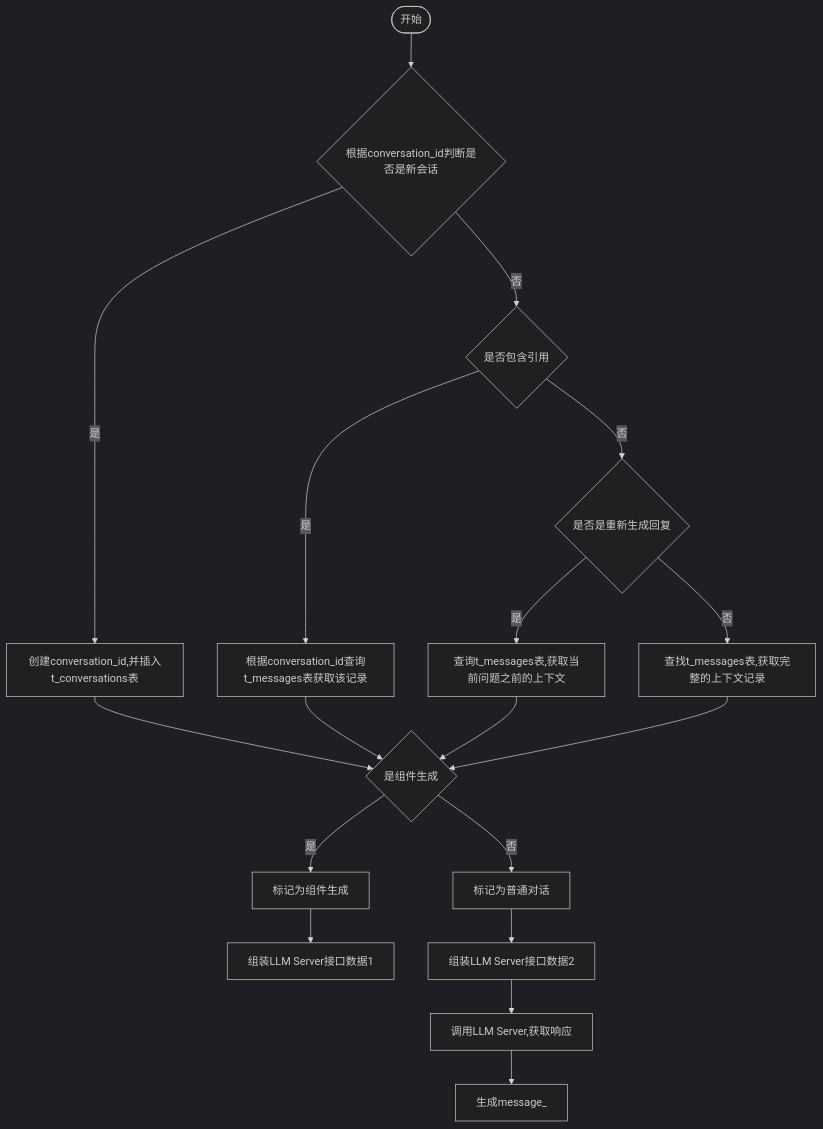
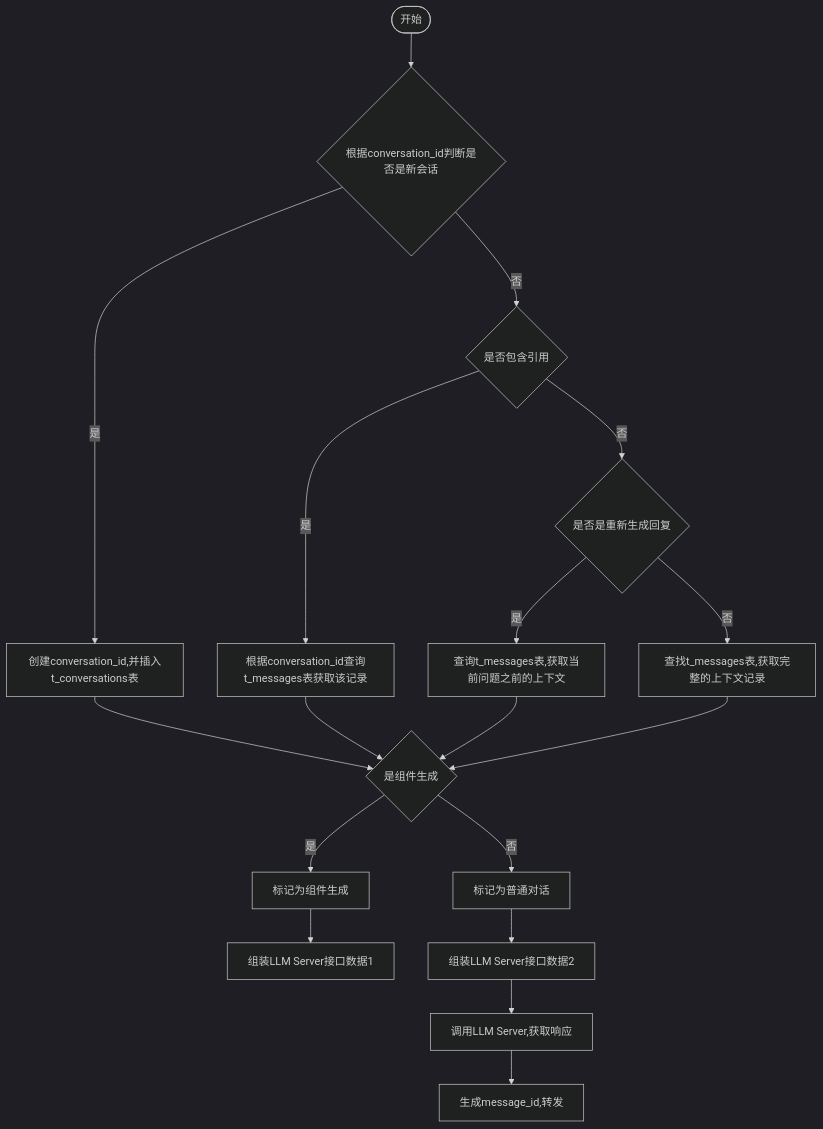
The diagram in all/未命名-7.md (yingjianzh/iodraw-files), drawn with Mermaid (dark theme) before and after one commit.

Commit message:
2024-10-12 14:31:18 update

````diff
--- a/all/未命名-7.md
+++ b/all/未命名-7.md
@@ -1,20 +1,20 @@
 ```mermaid
 flowchart TD
     A([开始]) --> B{根据conversation_id判断是否是新会话}
     B -- 是 --> C[创建conversation_id,并插入t_conversations表]
     B -- 否 --> D{是否包含引用}
     D -- 是 --> E[根据conversation_id查询t_messages表获取该记录]
     D -- 否 --> F{是否是重新生成回复}
     F -- 是 --> G[查询t_messages表,获取当前问题之前的上下文]
     F -- 否 --> H[查找t_messages表,获取完整的上下文记录]
      
     C & E & G & H --> I{是组件生成}
     I -- 是 --> J[标记为组件生成]
     I -- 否 --> K[标记为普通对话]
 
     J --> L[组装LLM Server接口数据1]    
     K --> M[组装LLM Server接口数据2]    
     M --> N[调用LLM Server,获取响应]    
-    N --> O[生成message_]
+    N --> O[生成message_id,转发]
 
 ```
````
